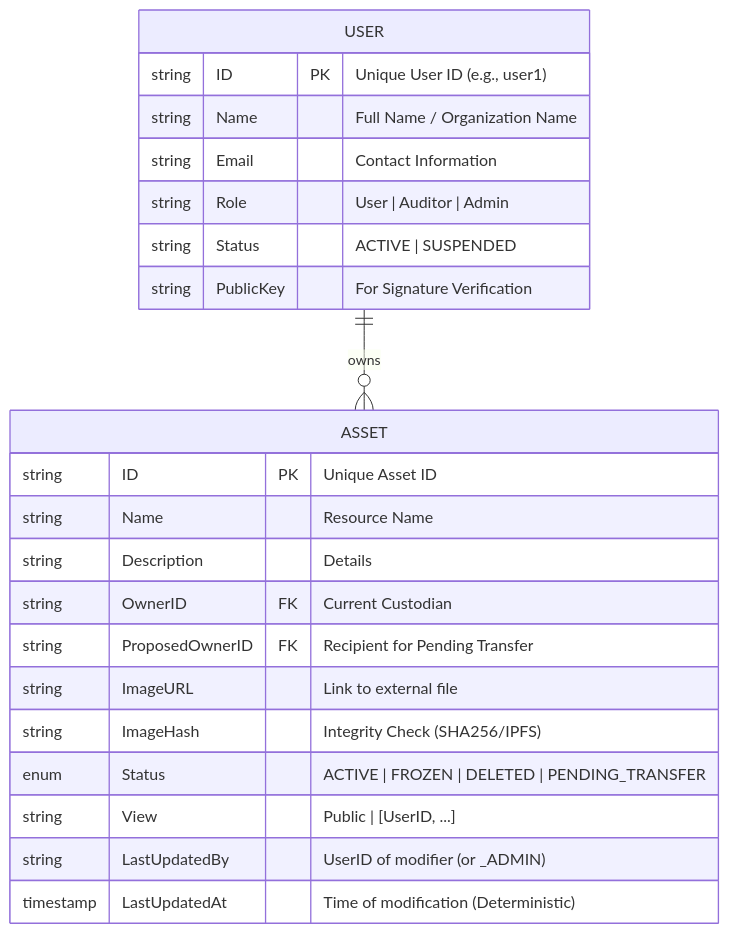
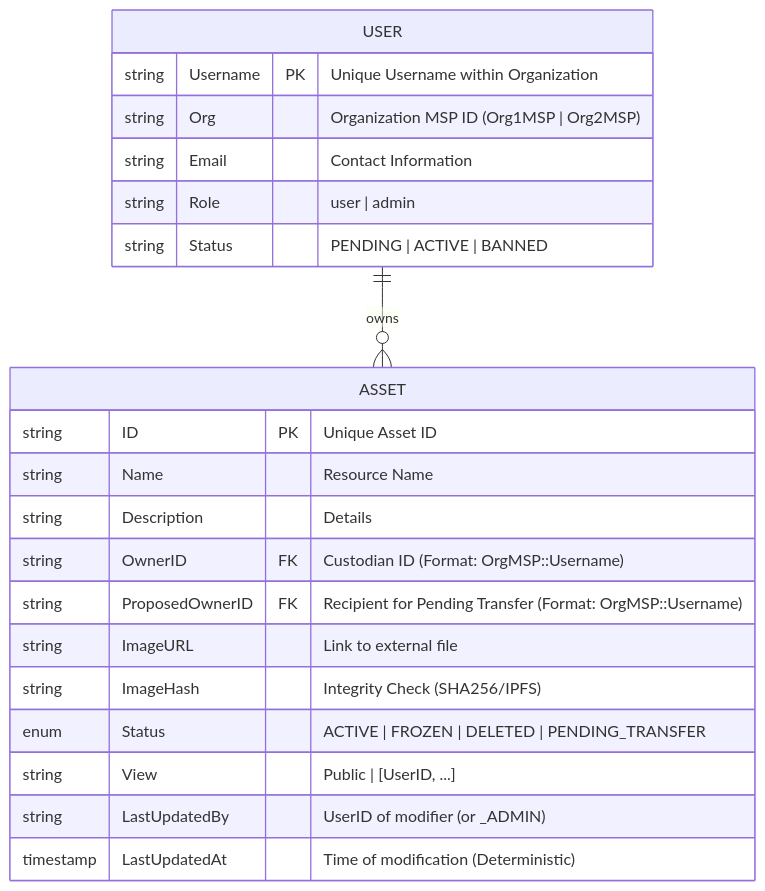
One commit to kelotduongvidainhat/hyperledger-fabric-skeleton changed the diagram in docs/DATA_ARCHITECTURE.md. Above: the diagram before and after it, drawn with Mermaid. The commit also changed other lines of this file and 16 other files, not shown here.

First line of the commit message:
feat: implement multi-org support and Org::User identity format

````diff
--- a/docs/DATA_ARCHITECTURE.md
+++ b/docs/DATA_ARCHITECTURE.md
@@ -12,25 +12,24 @@
 ```mermaid
 erDiagram
     USER ||--o{ ASSET : owns
     USER {
-        string ID PK "Unique User ID (e.g., user1)"
-        string Name "Full Name / Organization Name"
+        string Username PK "Unique Username within Organization"
+        string Org "Organization MSP ID (Org1MSP | Org2MSP)"
         string Email "Contact Information"
-        string Role "User | Auditor | Admin"
-        string Status "ACTIVE | SUSPENDED"
-        string PublicKey "For Signature Verification"
+        string Role "user | admin"
+        string Status "PENDING | ACTIVE | BANNED"
     }
     ASSET {
         string ID PK "Unique Asset ID"
         string Name "Resource Name"
         string Description "Details"
-        string OwnerID FK "Current Custodian"
-        string ProposedOwnerID FK "Recipient for Pending Transfer"
+        string OwnerID FK "Custodian ID (Format: OrgMSP::Username)"
+        string ProposedOwnerID FK "Recipient for Pending Transfer (Format: OrgMSP::Username)"
         string ImageURL "Link to external file"
         string ImageHash "Integrity Check (SHA256/IPFS)"
         enum Status "ACTIVE | FROZEN | DELETED | PENDING_TRANSFER"
         string View "Public | [UserID, ...]"
         string LastUpdatedBy "UserID of modifier (or _ADMIN)"
         timestamp LastUpdatedAt "Time of modification (Deterministic)"
     }
 ```
````
